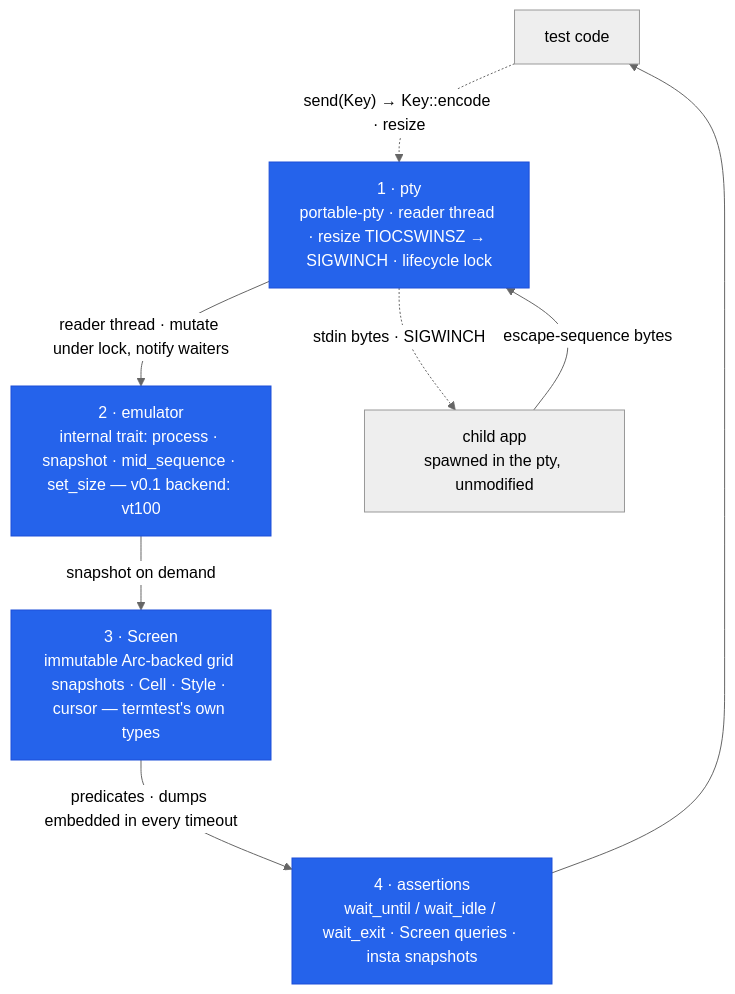
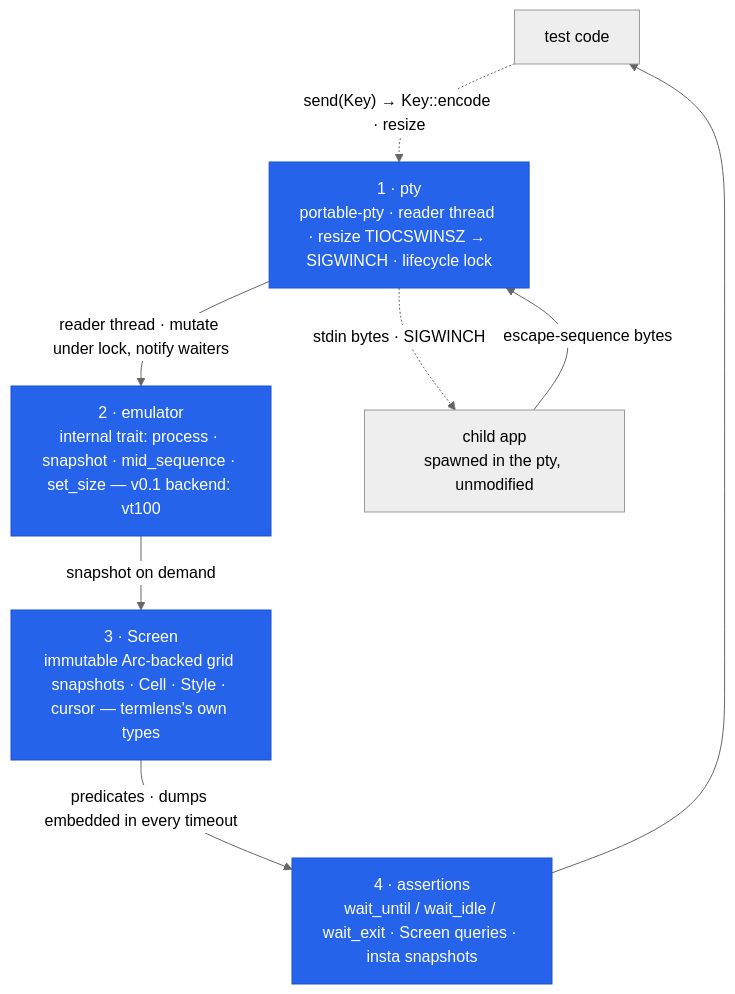
The diagram in docs/DESIGN.md (vyncint/termlens), drawn with Mermaid (neutral theme) before and after one commit. The commit also changed other lines of this file and 39 other files, not shown here.

First line of the commit message:
chore: rename crate and repo from termtest to termlens

````diff
--- a/docs/DESIGN.md
+++ b/docs/DESIGN.md
@@ -9,19 +9,19 @@
 ```mermaid
 flowchart TB
   test["test code"]
   l4["4 · assertions<br/>wait_until / wait_idle / wait_exit · Screen queries · insta snapshots"]
-  l3["3 · Screen<br/>immutable Arc-backed grid snapshots · Cell · Style · cursor — termtest's own types"]
+  l3["3 · Screen<br/>immutable Arc-backed grid snapshots · Cell · Style · cursor — termlens's own types"]
   l2["2 · emulator<br/>internal trait: process · snapshot · mid_sequence · set_size — v0.1 backend: vt100"]
   l1["1 · pty<br/>portable-pty · reader thread · resize TIOCSWINSZ → SIGWINCH · lifecycle lock"]
   app["child app<br/>spawned in the pty, unmodified"]
 
   app -->|"escape-sequence bytes"| l1
   l1 -->|"reader thread · mutate under lock, notify waiters"| l2
   l2 -->|"snapshot on demand"| l3
   l3 -->|"predicates · dumps embedded in every timeout"| l4
   l4 --> test
   test -.->|"send(Key) → Key::encode · resize"| l1
   l1 -.->|"stdin bytes · SIGWINCH"| app
   classDef ours fill:#2563eb,color:#ffffff,stroke:#1d4ed8,stroke-width:1px;
   class l1,l2,l3,l4 ours
 ```
````
